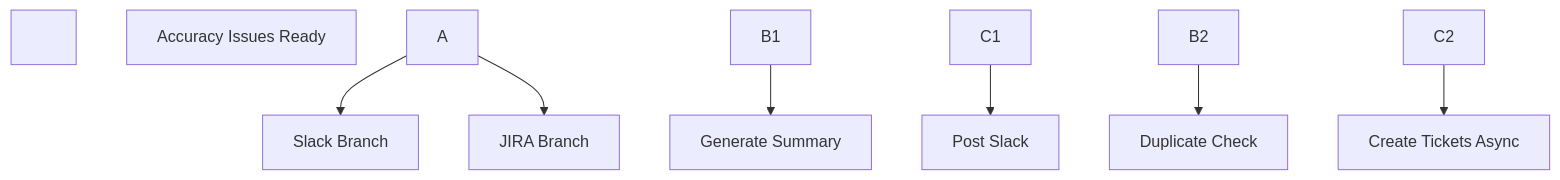
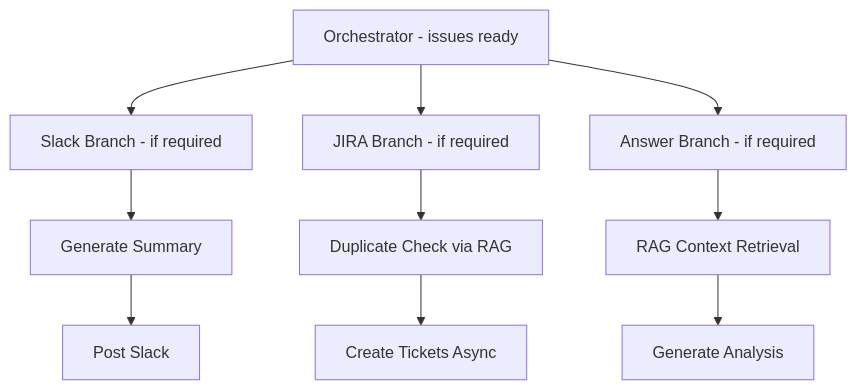
Before and after one commit to ethan-tran-mfv/aiagt-precision-triage: the seventh of 13 diagrams in docs/diagram.md, drawn with Mermaid. The commit also changed other lines of this file and 19 other files, not shown here.

````diff
--- a/docs/diagram.md
+++ b/docs/diagram.md
@@ -353,23 +209,16 @@
 ```mermaid
+flowchart TD
+    A[Orchestrator - issues ready]
+    A --> B1[Slack Branch - if required]
+    A --> B2[JIRA Branch - if required]
+    A --> B3[Answer Branch - if required]
 
-flowchart TD
+    B1 --> C1[Generate Summary]
+    C1 --> D1[Post Slack]
 
-&nbsp;   A\[Accuracy Issues Ready]
+    B2 --> C2[Duplicate Check via RAG]
+    C2 --> D2[Create Tickets Async]
 
-&nbsp;   A --> B1\[Slack Branch]
-
-&nbsp;   A --> B2\[JIRA Branch]
-
-
-
-&nbsp;   B1 --> C1\[Generate Summary]
-
-&nbsp;   C1 --> D1\[Post Slack]
-
-
-
-&nbsp;   B2 --> C2\[Duplicate Check]
-
-&nbsp;   C2 --> D2\[Create Tickets Async]
-
+    B3 --> C3[RAG Context Retrieval]
+    C3 --> D3[Generate Analysis]
 ```
````
